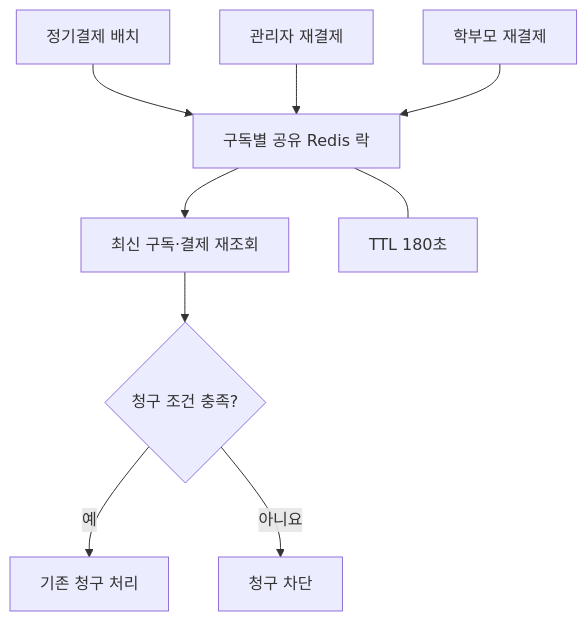
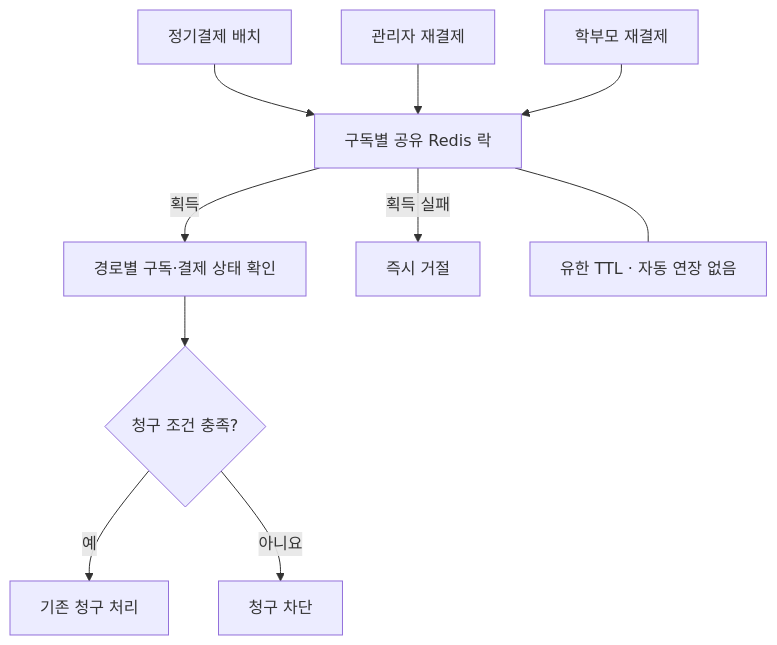
The diagram in src/diagrams/billing.mmd (labyrinth30/labyrinth30.github.io), drawn with Mermaid before and after one commit. The commit also changed 7 other files, not shown here.

```diff
--- a/src/diagrams/billing.mmd
+++ b/src/diagrams/billing.mmd
@@ -1,9 +1,10 @@
 flowchart TB
   B[정기결제 배치] --> L[구독별 공유 Redis 락]
   A[관리자 재결제] --> L
   U[학부모 재결제] --> L
-  L --> R[최신 구독·결제 재조회]
+  L -->|획득| R[경로별 구독·결제 상태 확인]
+  L -->|획득 실패| X[즉시 거절]
   R --> C{청구 조건 충족?}
   C -->|예| P[기존 청구 처리]
   C -->|아니요| S[청구 차단]
-  L --- T[TTL 180초]
+  L --- T[유한 TTL · 자동 연장 없음]
```
